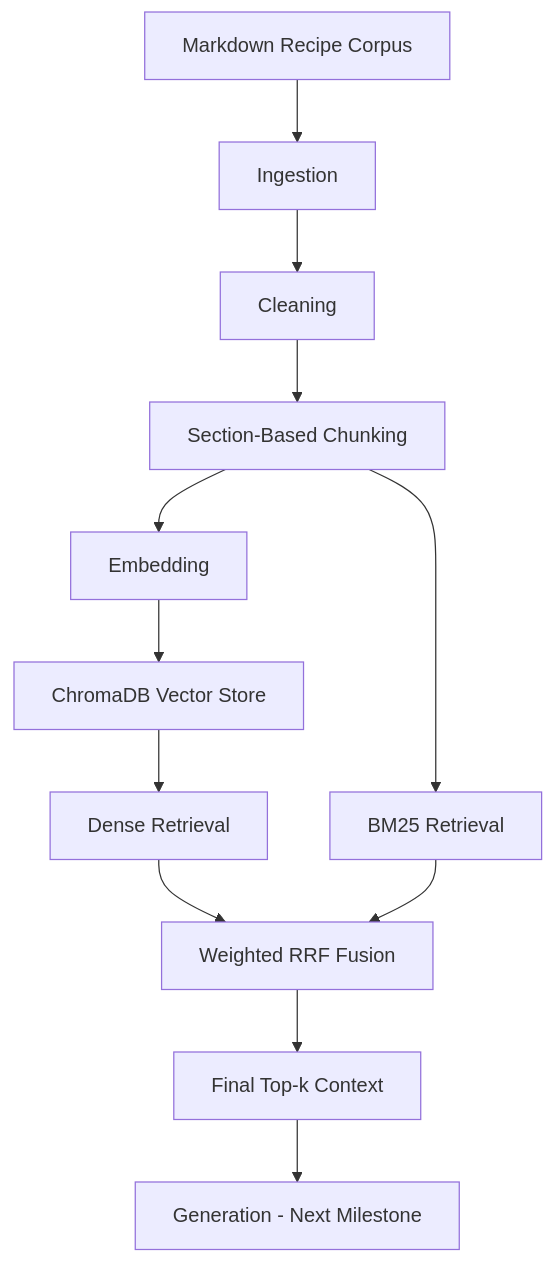
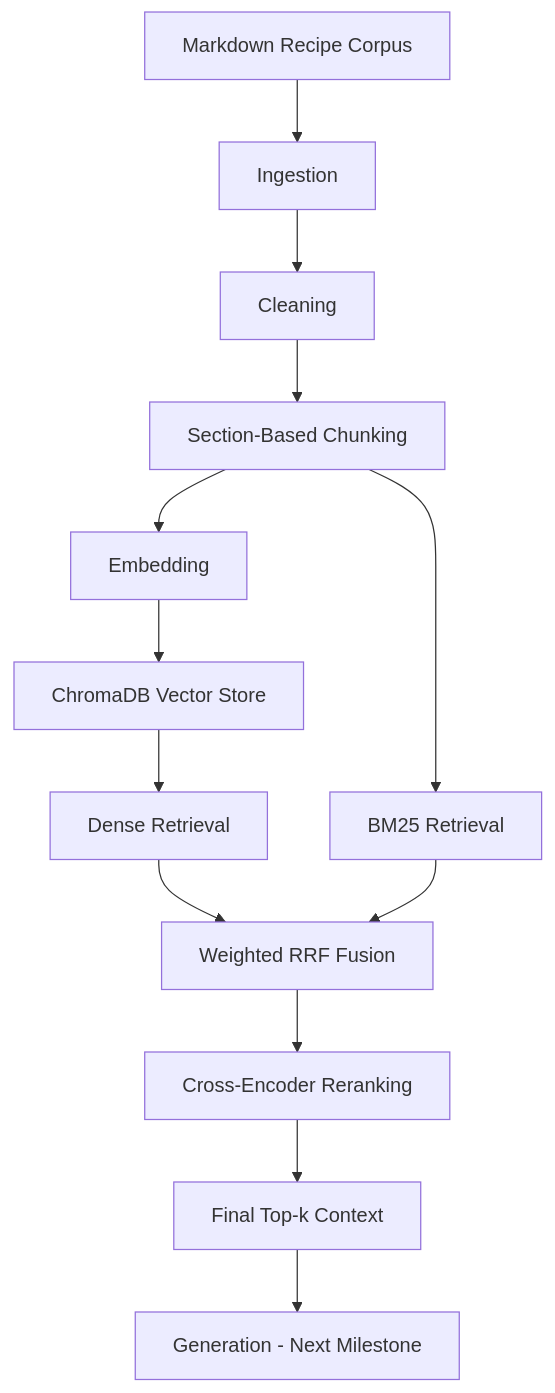
Before and after one commit to usermangcut-ai/mini-rag-project: the diagram in README.md, drawn with Mermaid. The commit also changed other lines of this file and 7 other files, not shown here.

Commit message:
add configurable cross-encoder reranking

````diff
--- a/README.md
+++ b/README.md
@@ -17,26 +17,28 @@
 ```mermaid
 flowchart TD
     A[Markdown Recipe Corpus]
     B[Ingestion]
     C[Cleaning]
     D[Section-Based Chunking]
     E[Embedding]
     F[ChromaDB Vector Store]
     G[Dense Retrieval]
     H[BM25 Retrieval]
     I[Weighted RRF Fusion]
-    J[Final Top-k Context]
-    K[Generation - Next Milestone]
+    J[Cross-Encoder Reranking]
+    K[Final Top-k Context]
+    L[Generation - Next Milestone]
 
     A --> B
     B --> C
     C --> D
     D --> E
     E --> F
     F --> G
     D --> H
     G --> I
     H --> I
     I --> J
     J --> K
+    K --> L
 ```
````
